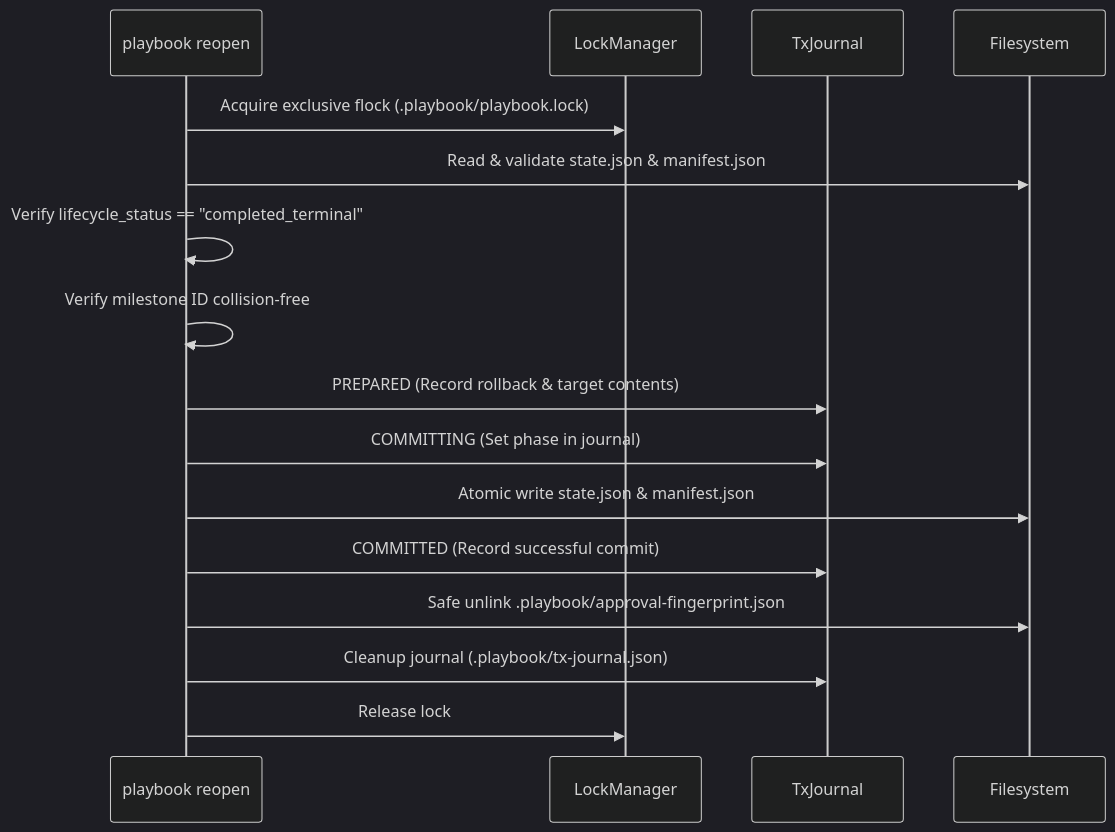
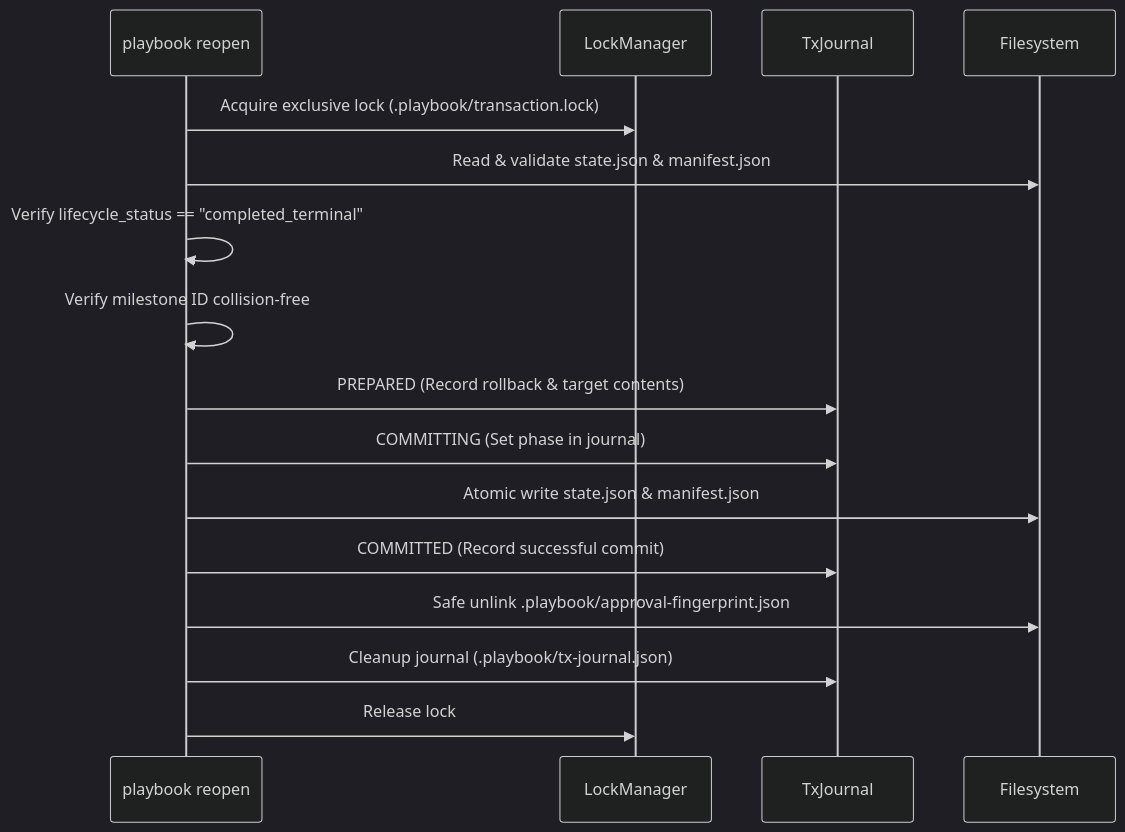
Before and after one commit to heyzain/ai-engineering-playbook: the second of 2 diagrams in governance/lifecycle-reopening-design.md, drawn with Mermaid (dark theme). The commit also changed other lines of this file and 1 other file, not shown here.

Commit message:
docs(governance): revise lifecycle reopening architecture per review (task 004f.1.1)

````diff
--- a/governance/lifecycle-reopening-design.md
+++ b/governance/lifecycle-reopening-design.md
@@ -262,19 +323,19 @@
 ```mermaid
 sequenceDiagram
     participant CLI as playbook reopen
     participant Lock as LockManager
     participant WAL as TxJournal
     participant Disk as Filesystem
 
-    CLI->>Lock: Acquire exclusive flock (.playbook/playbook.lock)
+    CLI->>Lock: Acquire exclusive lock (.playbook/transaction.lock)
     CLI->>Disk: Read & validate state.json & manifest.json
     CLI->>CLI: Verify lifecycle_status == "completed_terminal"
     CLI->>CLI: Verify milestone ID collision-free
     CLI->>WAL: PREPARED (Record rollback & target contents)
     CLI->>WAL: COMMITTING (Set phase in journal)
     CLI->>Disk: Atomic write state.json & manifest.json
     CLI->>WAL: COMMITTED (Record successful commit)
     CLI->>Disk: Safe unlink .playbook/approval-fingerprint.json
     CLI->>WAL: Cleanup journal (.playbook/tx-journal.json)
     CLI->>Lock: Release lock
 ```
````
